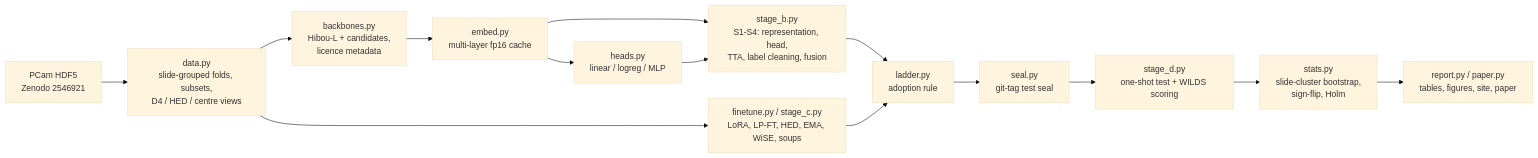
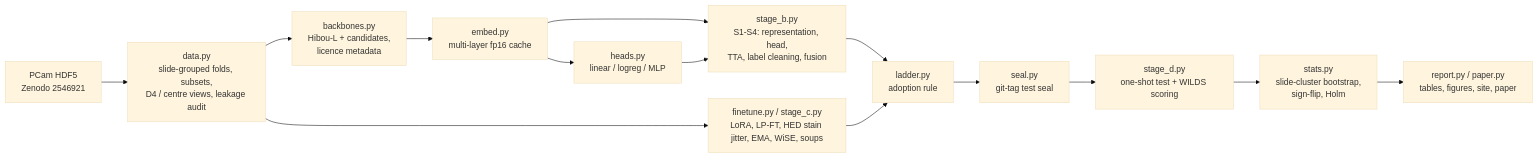
Before and after one commit to BurnyCoder/better-cancer-classification-with-machine-learning: the diagram in README.md, drawn with Mermaid (base theme). The commit also changed other lines of this file and 3 other files, not shown here.

Commit message:
Docs: cited Hibou-L facts, eva leaderboard links, H4 and control wording, md5 swap for all file pairs, PCam/WILDS licence and mirror revision, measured disk use, S1 f embed views, decision functions, artifact licences, frozen-probe qualifier on the site

````diff
--- a/README.md
+++ b/README.md
@@ -162,16 +162,16 @@
 ```mermaid
 flowchart LR
-  A[PCam HDF5<br/>Zenodo 2546921] --> B[data.py<br/>slide-grouped folds, subsets,<br/>D4 / HED / centre views]
+  A[PCam HDF5<br/>Zenodo 2546921] --> B[data.py<br/>slide-grouped folds, subsets,<br/>D4 / centre views, leakage audit]
   B --> C[backbones.py<br/>Hibou-L + candidates,<br/>licence metadata]
   C --> D[embed.py<br/>multi-layer fp16 cache]
   D --> E[heads.py<br/>linear / logreg / MLP]
   D --> F[stage_b.py<br/>S1-S4: representation, head,<br/>TTA, label cleaning, fusion]
-  B --> G[finetune.py / stage_c.py<br/>LoRA, LP-FT, HED, EMA, WiSE, soups]
+  B --> G[finetune.py / stage_c.py<br/>LoRA, LP-FT, HED stain jitter, EMA, WiSE, soups]
   E --> F
   F --> H[ladder.py<br/>adoption rule]
   G --> H
   H --> I[seal.py<br/>git-tag test seal]
   I --> J[stage_d.py<br/>one-shot test + WILDS scoring]
   J --> K[stats.py<br/>slide-cluster bootstrap,<br/>sign-flip, Holm]
   K --> L[report.py / paper.py<br/>tables, figures, site, paper]
 ```
````
